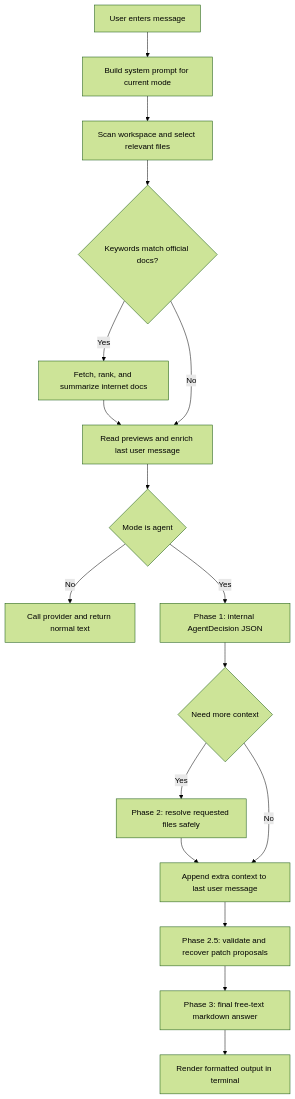
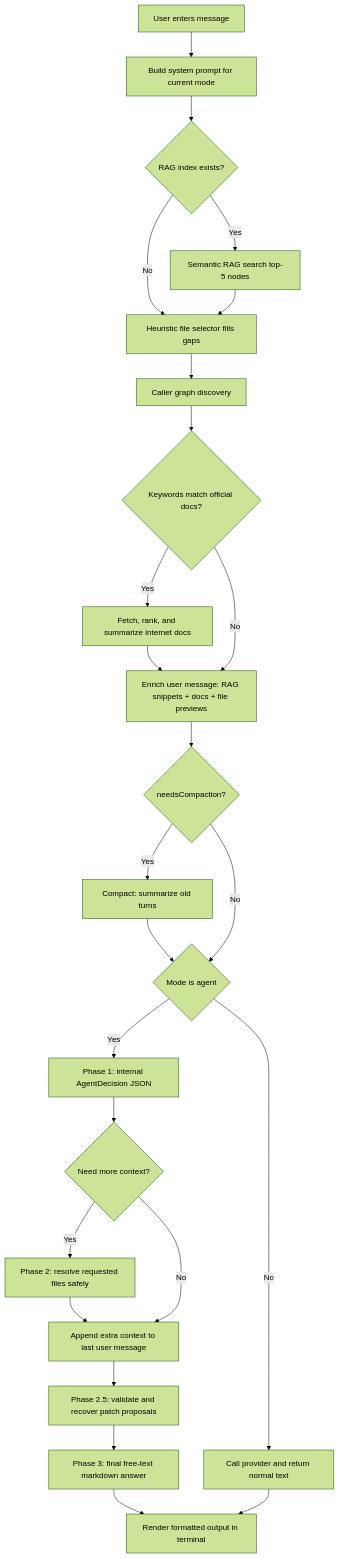
Before and after one commit to lucasaguilar/rei: the first of 2 diagrams in README.md, drawn with Mermaid (forest theme). The commit also changed other lines of this file and 33 other files, not shown here.

````diff
--- a/README.md
+++ b/README.md
@@ -492,20 +592,29 @@
 ```mermaid
 flowchart TD
   A[User enters message] --> B[Build system prompt for current mode]
-  B --> C[Scan workspace and select relevant files]
-  C --> C2{Keywords match official docs?}
+  B --> B1{RAG index exists?}
+  B1 -->|Yes| B2[Semantic RAG search top-5 nodes]
+  B1 -->|No| C
+  B2 --> C[Heuristic file selector fills gaps]
+  C --> CG[Caller graph discovery]
+  CG --> C2{Keywords match official docs?}
   C2 -->|Yes| C3[Fetch, rank, and summarize internet docs]
-  C3 --> D[Read previews and enrich last user message]
+  C3 --> D[Enrich user message: RAG snippets + docs + file previews]
   C2 -->|No| D
 
-  D --> E{Mode is agent}
+  D --> SC{needsCompaction?}
+  SC -->|Yes| SC2[Compact: summarize old turns]
+  SC2 --> E{Mode is agent}
+  SC -->|No| E
+
   E -->|No| F[Call provider and return normal text]
   E -->|Yes| G[Phase 1: internal AgentDecision JSON]
-  G --> H{Need more context}
+  G --> H{Need more context?}
   H -->|Yes| I[Phase 2: resolve requested files safely]
   I --> J[Append extra context to last user message]
   H -->|No| J
   J --> K[Phase 2.5: validate and recover patch proposals]
   K --> L[Phase 3: final free-text markdown answer]
   L --> M[Render formatted output in terminal]
+  F --> M
 ```
````
